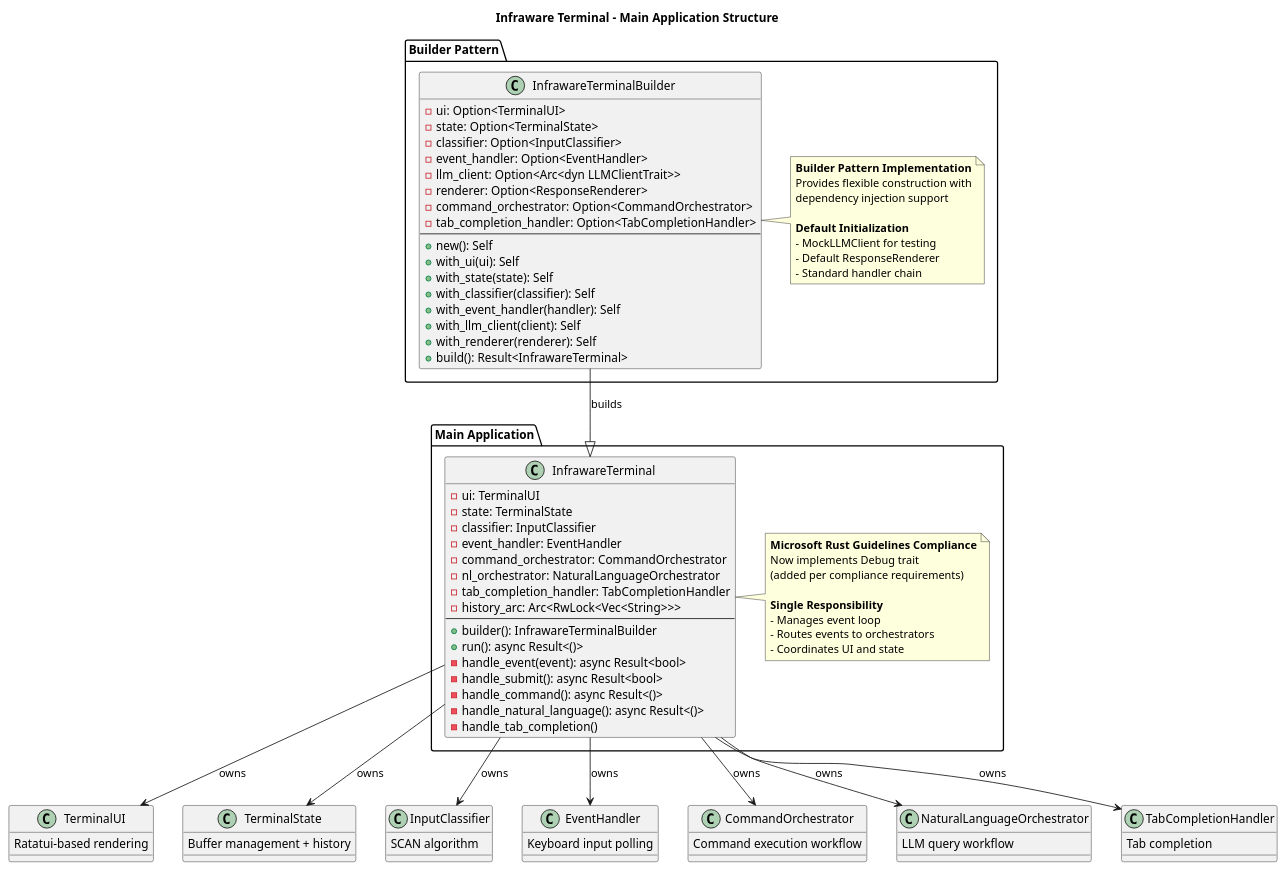
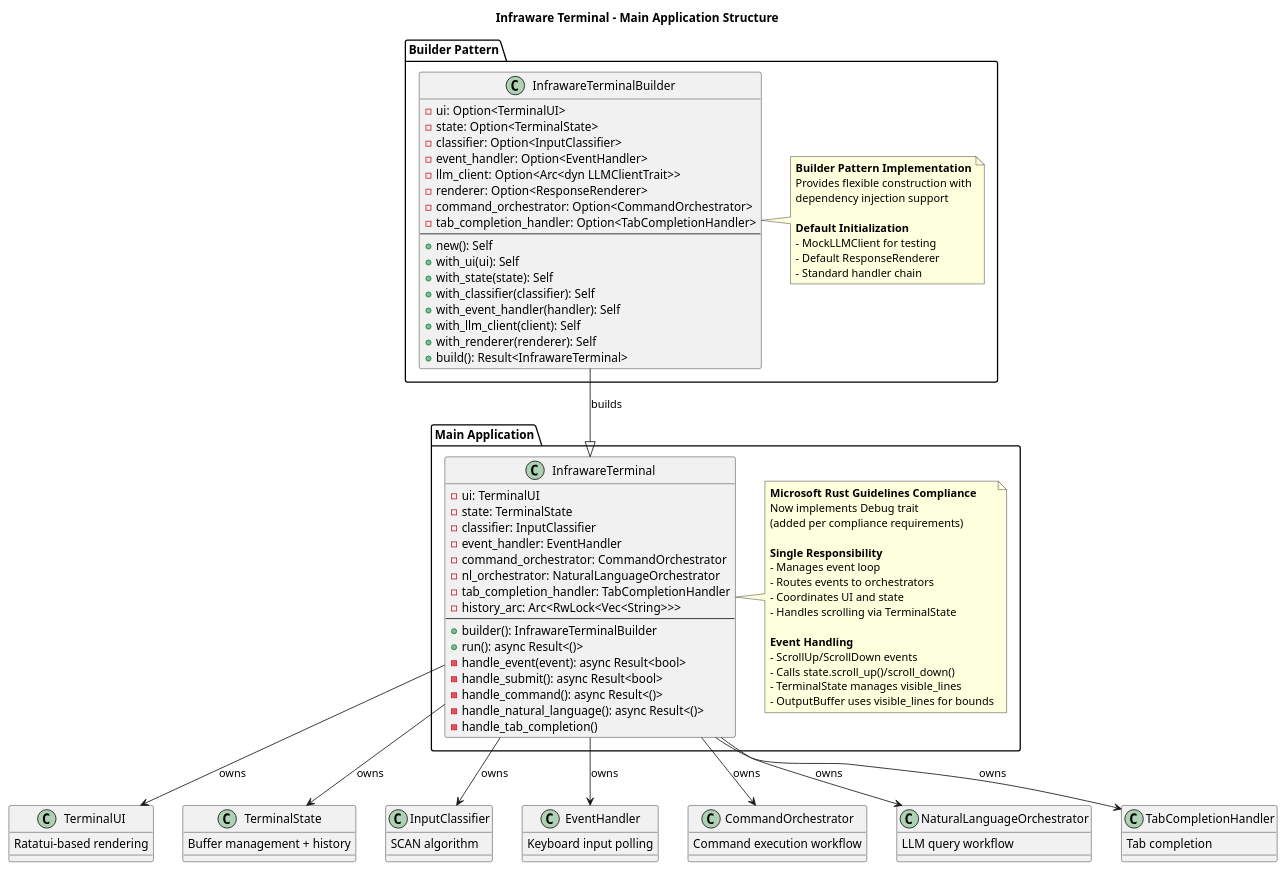
Before and after one commit to Infraware-dev/termos: the diagram in terminal-app/docs/uml/00-main-application-architecture.puml, drawn with PlantUML. The commit also changed 9 other files, not shown here.

```diff
--- a/terminal-app/docs/uml/00-main-application-architecture.puml
+++ b/terminal-app/docs/uml/00-main-application-architecture.puml
@@ -1,91 +1,98 @@
 @startuml "Main Application Architecture with Builder Pattern"
 title "Infraware Terminal - Main Application Structure"
 
 ' InfrawareTerminal main struct
 package "Main Application" {
   class InfrawareTerminal {
     - ui: TerminalUI
     - state: TerminalState
     - classifier: InputClassifier
     - event_handler: EventHandler
     - command_orchestrator: CommandOrchestrator
     - nl_orchestrator: NaturalLanguageOrchestrator
     - tab_completion_handler: TabCompletionHandler
     - history_arc: Arc<RwLock<Vec<String>>>
     --
     + builder(): InfrawareTerminalBuilder
     + run(): async Result<()>
     - handle_event(event): async Result<bool>
     - handle_submit(): async Result<bool>
     - handle_command(): async Result<()>
     - handle_natural_language(): async Result<()>
     - handle_tab_completion()
   }
 
   note right of InfrawareTerminal
     **Microsoft Rust Guidelines Compliance**
     Now implements Debug trait
     (added per compliance requirements)
 
     **Single Responsibility**
     - Manages event loop
     - Routes events to orchestrators
     - Coordinates UI and state
+    - Handles scrolling via TerminalState
+
+    **Event Handling**
+    - ScrollUp/ScrollDown events
+    - Calls state.scroll_up()/scroll_down()
+    - TerminalState manages visible_lines
+    - OutputBuffer uses visible_lines for bounds
   end note
 }
 
 ' Builder pattern
 package "Builder Pattern" {
   class InfrawareTerminalBuilder {
     - ui: Option<TerminalUI>
     - state: Option<TerminalState>
     - classifier: Option<InputClassifier>
     - event_handler: Option<EventHandler>
     - llm_client: Option<Arc<dyn LLMClientTrait>>
     - renderer: Option<ResponseRenderer>
     - command_orchestrator: Option<CommandOrchestrator>
     - tab_completion_handler: Option<TabCompletionHandler>
     --
     + new(): Self
     + with_ui(ui): Self
     + with_state(state): Self
     + with_classifier(classifier): Self
     + with_event_handler(handler): Self
     + with_llm_client(client): Self
     + with_renderer(renderer): Self
     + build(): Result<InfrawareTerminal>
   }
 
   note right of InfrawareTerminalBuilder
     **Builder Pattern Implementation**
     Provides flexible construction with
     dependency injection support
 
     **Default Initialization**
     - MockLLMClient for testing
     - Default ResponseRenderer
     - Standard handler chain
   end note
 }
 
 InfrawareTerminalBuilder --|> InfrawareTerminal : builds
 
 ' Core dependencies
 InfrawareTerminal --> TerminalUI : owns
 InfrawareTerminal --> TerminalState : owns
 InfrawareTerminal --> InputClassifier : owns
 InfrawareTerminal --> EventHandler : owns
 InfrawareTerminal --> CommandOrchestrator : owns
 InfrawareTerminal --> NaturalLanguageOrchestrator : owns
 InfrawareTerminal --> TabCompletionHandler : owns
 
 ' Event flow
 TerminalUI : Ratatui-based rendering
 EventHandler : Keyboard input polling
 InputClassifier : SCAN algorithm
 TerminalState : Buffer management + history
 CommandOrchestrator : Command execution workflow
 NaturalLanguageOrchestrator : LLM query workflow
 TabCompletionHandler : Tab completion
 
 @enduml
```
